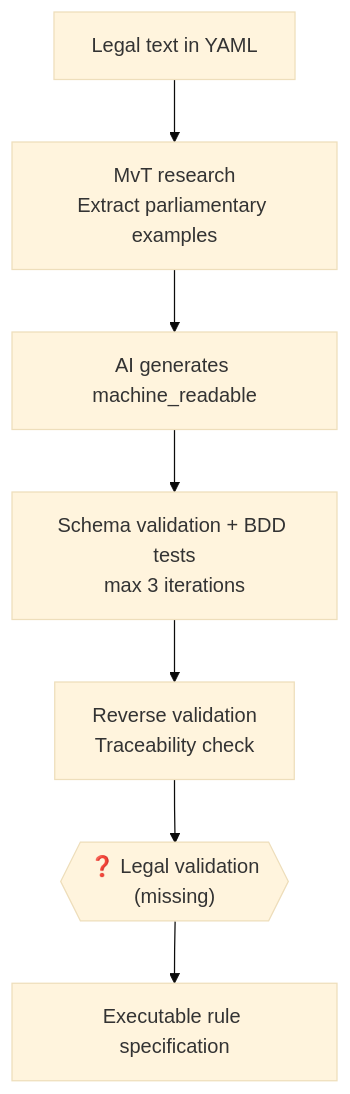
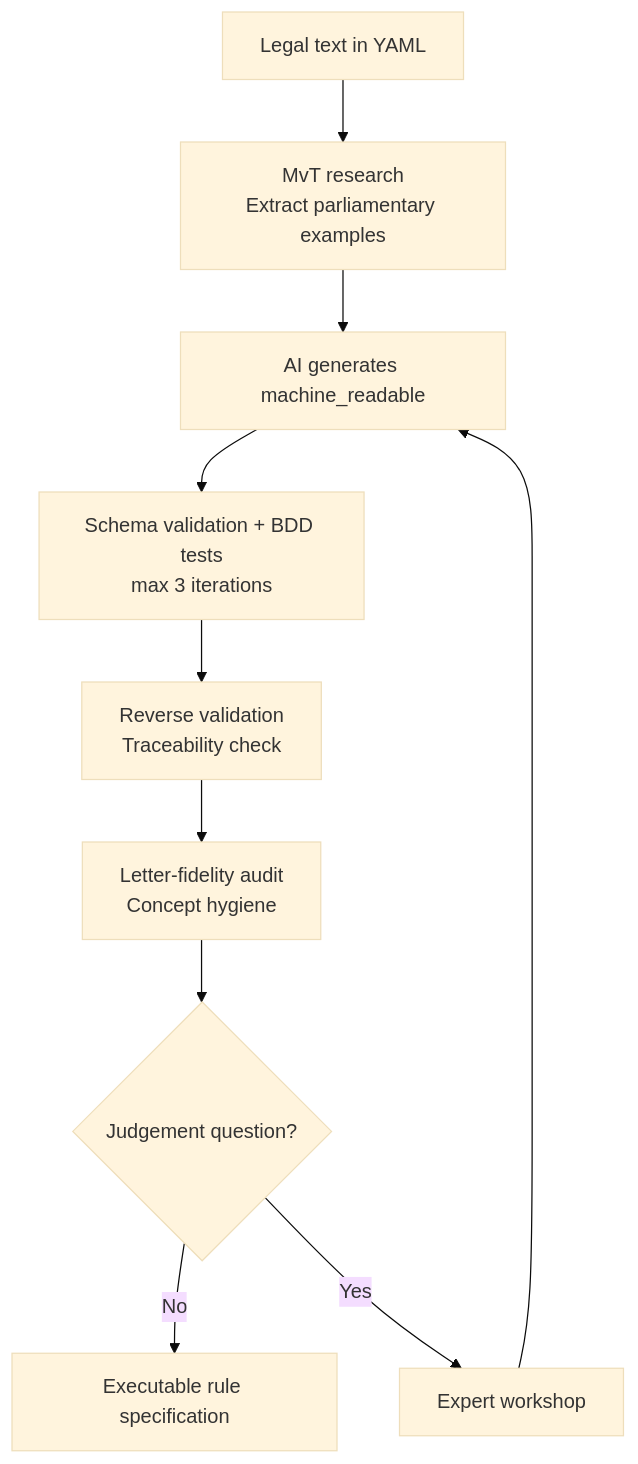
The third of 5 diagrams in docs/src/content/docs/concepts/validation-methodology.md (MinBZK/regelrecht), drawn with Mermaid (base theme) before and after one commit. The commit also changed other lines of this file and 53 other files, not shown here.

````diff
--- a/docs/src/content/docs/concepts/validation-methodology.md
+++ b/docs/src/content/docs/concepts/validation-methodology.md
@@ -120,10 +120,12 @@
 ```mermaid
 flowchart TD
     A[Legal text in YAML] --> B[MvT research\nExtract parliamentary examples]
     B --> C[AI generates machine_readable]
     C --> D[Schema validation + BDD tests\nmax 3 iterations]
     D --> E[Reverse validation\nTraceability check]
-    E --> F{{"❓ Legal validation\n(missing)"}}
-    F --> G[Executable rule specification]
-
+    E --> F[Letter-fidelity audit\nConcept hygiene]
+    F --> G{Judgement question?}
+    G -->|No| H[Executable rule specification]
+    G -->|Yes| W[Expert workshop]
+    W --> C
 ```
````
